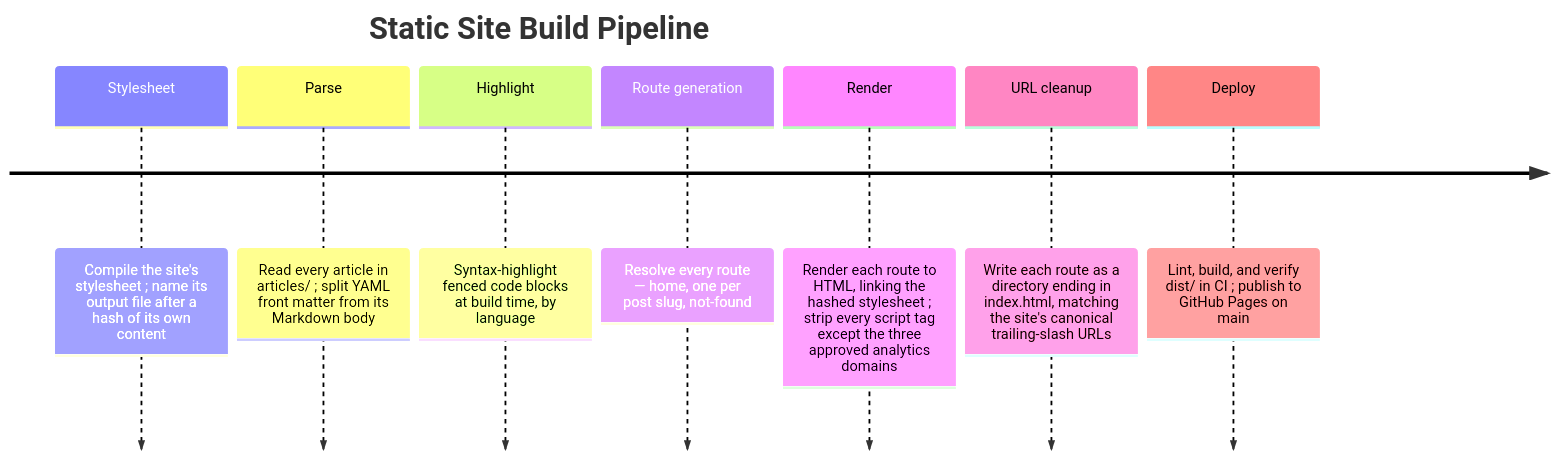
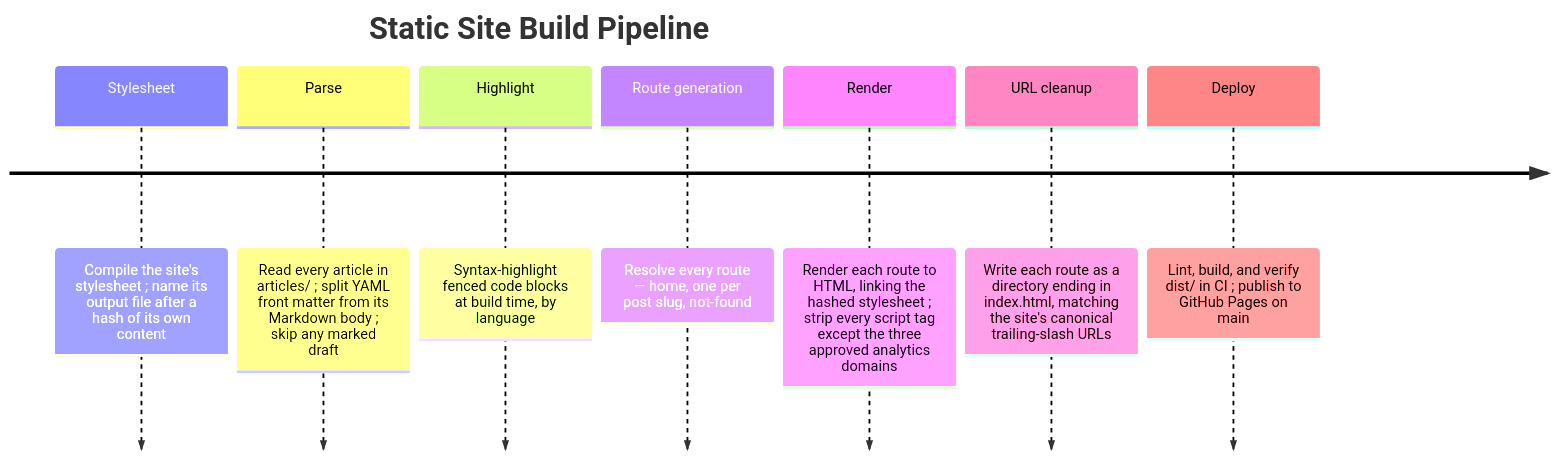
The diagram in docs/architecture.md (fugu13/site), drawn with Mermaid before and after one commit. The commit also changed other lines of this file and 8 other files, not shown here.

````diff
--- a/docs/architecture.md
+++ b/docs/architecture.md
@@ -26,11 +26,11 @@
 ```mermaid
 timeline
     title Static Site Build Pipeline
     Stylesheet : Compile the site's stylesheet ; name its output file after a hash of its own content
-    Parse : Read every article in articles/ ; split YAML front matter from its Markdown body
+    Parse : Read every article in articles/ ; split YAML front matter from its Markdown body ; skip any marked draft
     Highlight : Syntax-highlight fenced code blocks at build time, by language
     Route generation : Resolve every route — home, one per post slug, not-found
     Render : Render each route to HTML, linking the hashed stylesheet ; strip every script tag except the three approved analytics domains
     URL cleanup : Write each route as a directory ending in index.html, matching the site's canonical trailing-slash URLs
     Deploy : Lint, build, and verify dist/ in CI ; publish to GitHub Pages on main
 ```
````
